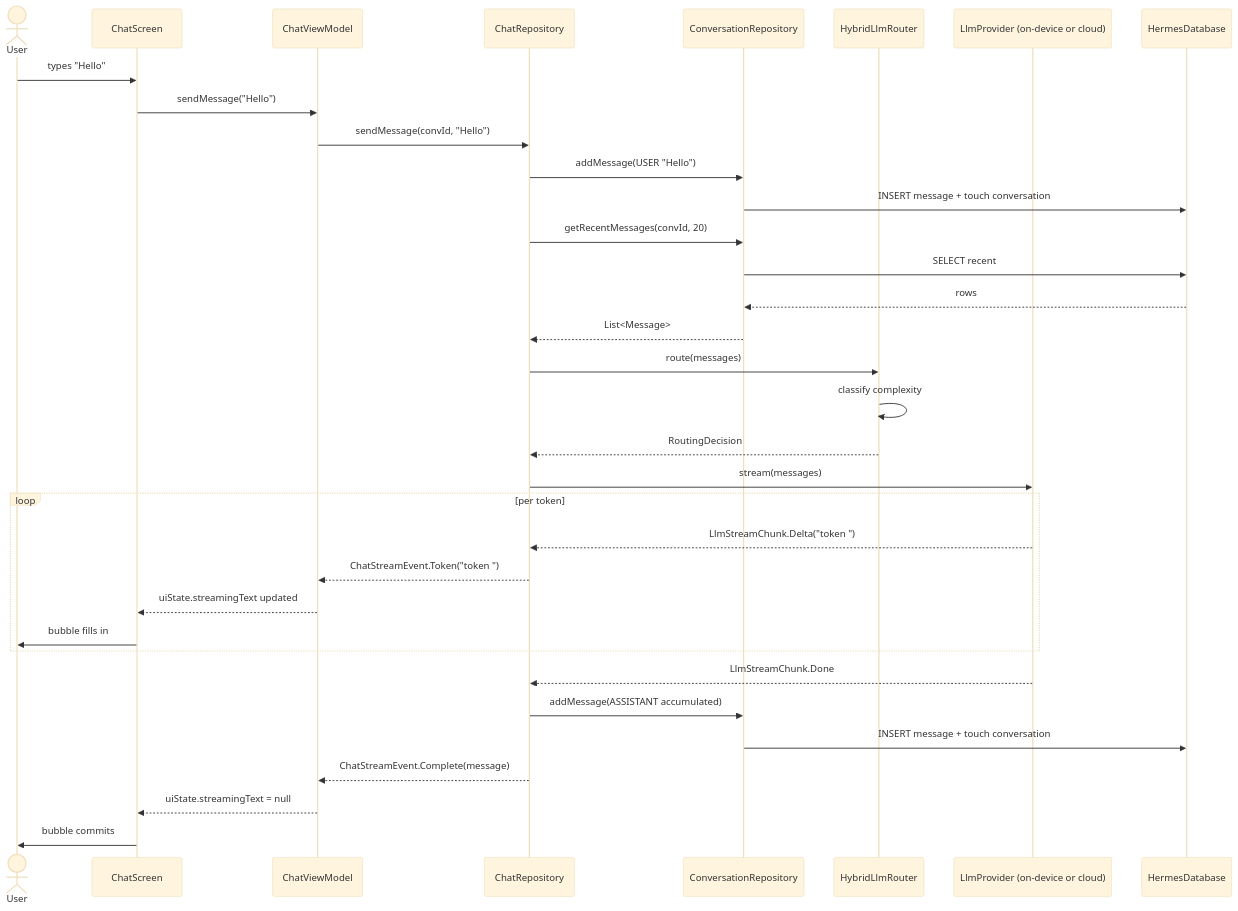
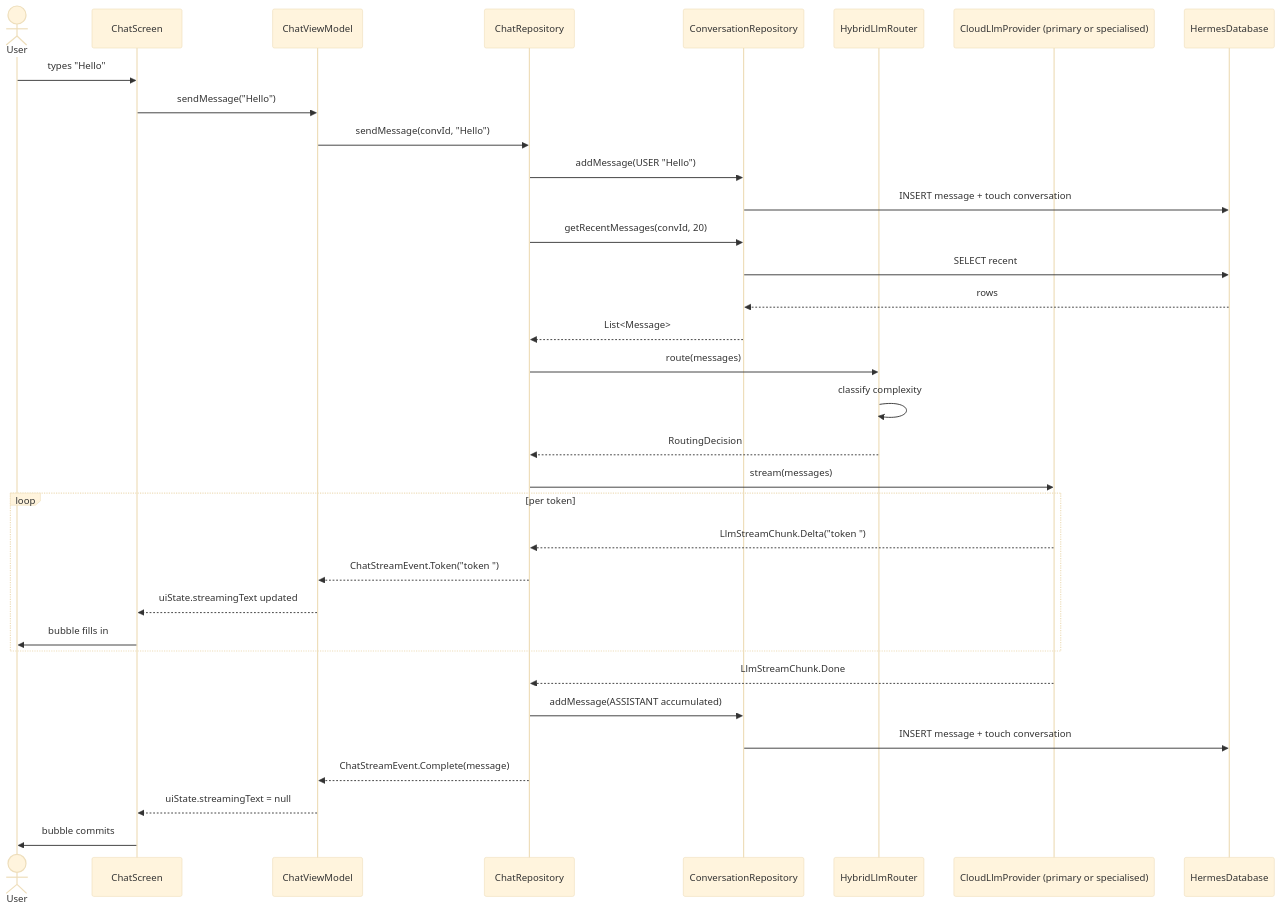
Before and after one commit to l3ad3r1/Hermes-Agent-Android: the second of 7 diagrams in docs/ARCHITECTURE.md, drawn with Mermaid (base theme). The commit also changed other lines of this file and 3 other files, not shown here.

First line of the commit message:
refactor: remove dead on-device routing leftovers + refresh architecture doc

````diff
--- a/docs/ARCHITECTURE.md
+++ b/docs/ARCHITECTURE.md
@@ -82,39 +86,39 @@
 ```mermaid
 sequenceDiagram
     actor User
     participant UI as ChatScreen
     participant VM as ChatViewModel
     participant Chat as ChatRepository
     participant Conv as ConversationRepository
     participant Router as HybridLlmRouter
-    participant LLM as LlmProvider (on-device or cloud)
+    participant LLM as CloudLlmProvider (primary or specialised)
     participant DB as HermesDatabase
 
     User->>UI: types "Hello"
     UI->>VM: sendMessage("Hello")
     VM->>Chat: sendMessage(convId, "Hello")
     Chat->>Conv: addMessage(USER "Hello")
     Conv->>DB: INSERT message + touch conversation
     Chat->>Conv: getRecentMessages(convId, 20)
     Conv->>DB: SELECT recent
     DB-->>Conv: rows
     Conv-->>Chat: List<Message>
     Chat->>Router: route(messages)
     Router->>Router: classify complexity
     Router-->>Chat: RoutingDecision
     Chat->>LLM: stream(messages)
 
     loop per token
         LLM-->>Chat: LlmStreamChunk.Delta("token ")
         Chat-->>VM: ChatStreamEvent.Token("token ")
         VM-->>UI: uiState.streamingText updated
         UI->>User: bubble fills in
     end
 
     LLM-->>Chat: LlmStreamChunk.Done
     Chat->>Conv: addMessage(ASSISTANT accumulated)
     Conv->>DB: INSERT message + touch conversation
     Chat-->>VM: ChatStreamEvent.Complete(message)
     VM-->>UI: uiState.streamingText = null
     UI->>User: bubble commits
 ```
````
